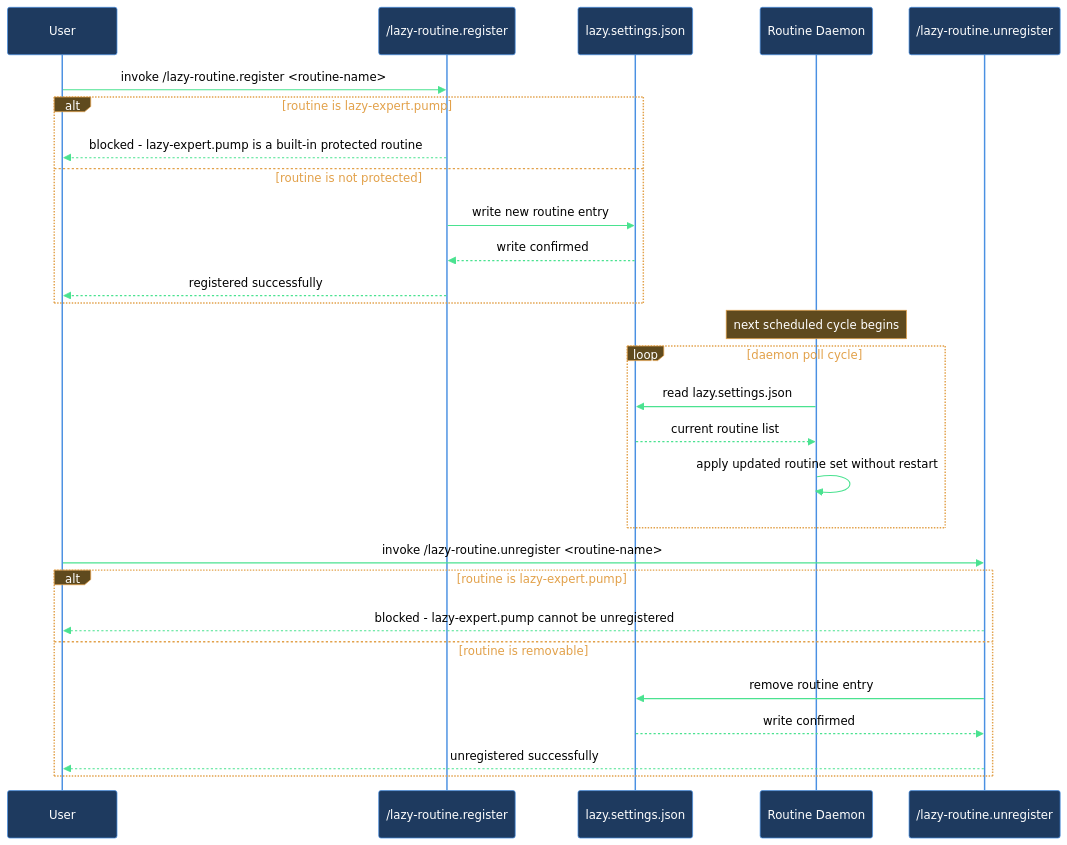
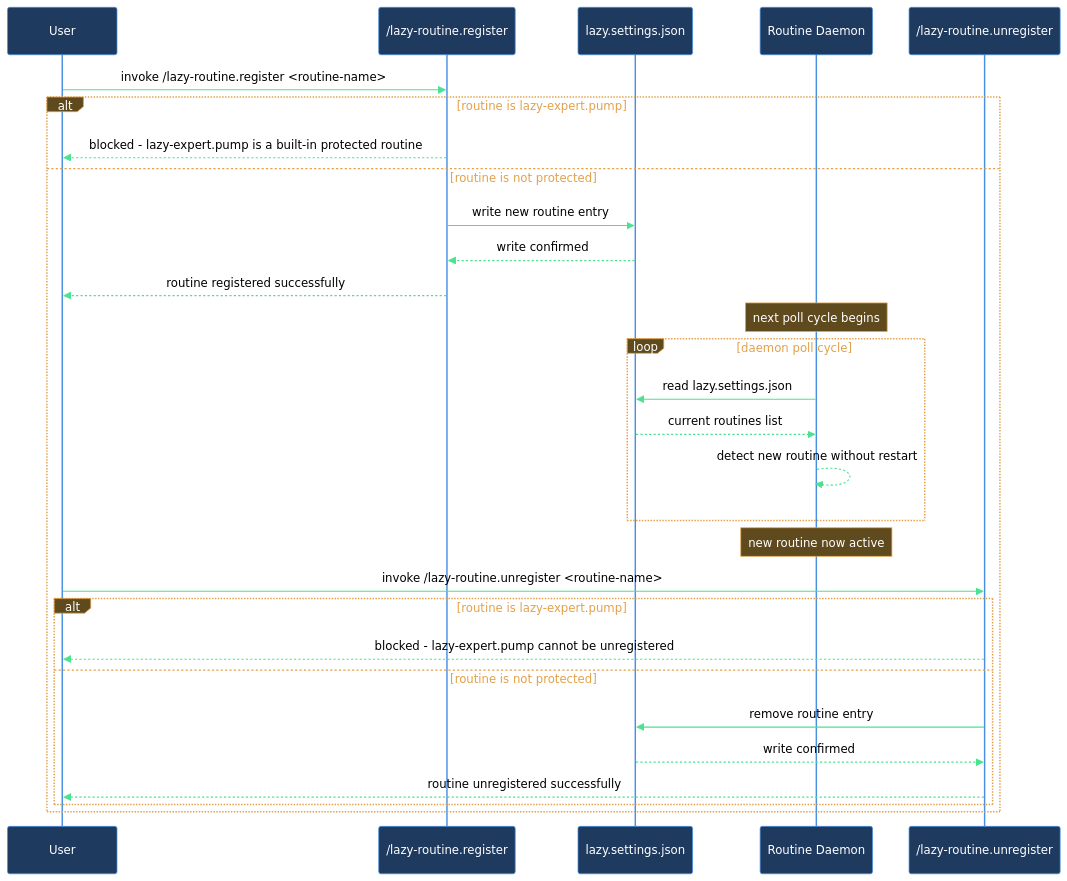
Before and after one commit to mebius-san/lazy-cortex: the diagram in claude/lazycortex-core/help/walkthroughs/setup-routine.md, drawn with Mermaid. The commit also changed other lines of this file and 45 other files, not shown here.

````diff
--- a/claude/lazycortex-core/help/walkthroughs/setup-routine.md
+++ b/claude/lazycortex-core/help/walkthroughs/setup-routine.md
@@ -100,34 +101,33 @@
 ```mermaid
 %%{init: {'themeVariables':{'background':'transparent','primaryColor':'#1e3a5f','primaryBorderColor':'#4a90e2','primaryTextColor':'#fff','lineColor':'#4ae290','actorBkg':'#1e3a5f','actorBorder':'#4a90e2','actorTextColor':'#fff','actorLineColor':'#4a90e2','signalColor':'#4ae290','signalTextColor':'#000','noteBkgColor':'#5f4a1e','noteBorderColor':'#e2a14a','noteTextColor':'#fff','labelBoxBkgColor':'#5f4a1e','labelBoxBorderColor':'#e2a14a','labelTextColor':'#fff','loopTextColor':'#e2a14a'},'sequence':{'diagramPadding':5,'useMaxWidth':true}}}%%
 sequenceDiagram
   participant user as User
   participant registerSkill as /lazy-routine.register
-  participant settingsFile as lazy.settings.json
+  participant settings as lazy.settings.json
   participant daemon as Routine Daemon
   participant unregisterSkill as /lazy-routine.unregister
 
   user->>registerSkill: invoke /lazy-routine.register <routine-name>
   alt routine is lazy-expert.pump
     registerSkill-->>user: blocked - lazy-expert.pump is a built-in protected routine
   else routine is not protected
-    registerSkill->>settingsFile: write new routine entry
-    settingsFile-->>registerSkill: write confirmed
-    registerSkill-->>user: registered successfully
-  end
-
-  Note over daemon: next scheduled cycle begins
-  loop daemon poll cycle
-    daemon->>settingsFile: read lazy.settings.json
-    settingsFile-->>daemon: current routine list
-    daemon->>daemon: apply updated routine set without restart
-  end
-
-  user->>unregisterSkill: invoke /lazy-routine.unregister <routine-name>
-  alt routine is lazy-expert.pump
-    unregisterSkill-->>user: blocked - lazy-expert.pump cannot be unregistered
-  else routine is removable
-    unregisterSkill->>settingsFile: remove routine entry
-    settingsFile-->>unregisterSkill: write confirmed
-    unregisterSkill-->>user: unregistered successfully
+    registerSkill->>settings: write new routine entry
+    settings-->>registerSkill: write confirmed
+    registerSkill-->>user: routine registered successfully
+    Note over daemon: next poll cycle begins
+    loop daemon poll cycle
+      daemon->>settings: read lazy.settings.json
+      settings-->>daemon: current routines list
+      daemon-->>daemon: detect new routine without restart
+    end
+    Note over daemon: new routine now active
+    user->>unregisterSkill: invoke /lazy-routine.unregister <routine-name>
+    alt routine is lazy-expert.pump
+      unregisterSkill-->>user: blocked - lazy-expert.pump cannot be unregistered
+    else routine is not protected
+      unregisterSkill->>settings: remove routine entry
+      settings-->>unregisterSkill: write confirmed
+      unregisterSkill-->>user: routine unregistered successfully
+    end
   end
 ```
````
